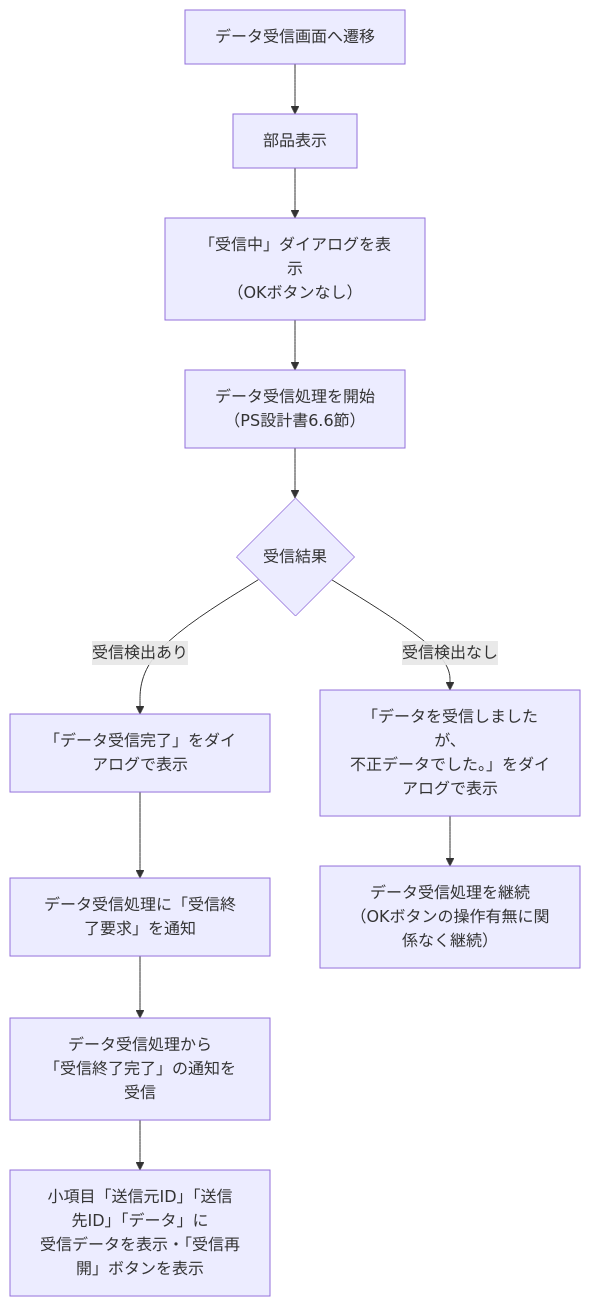
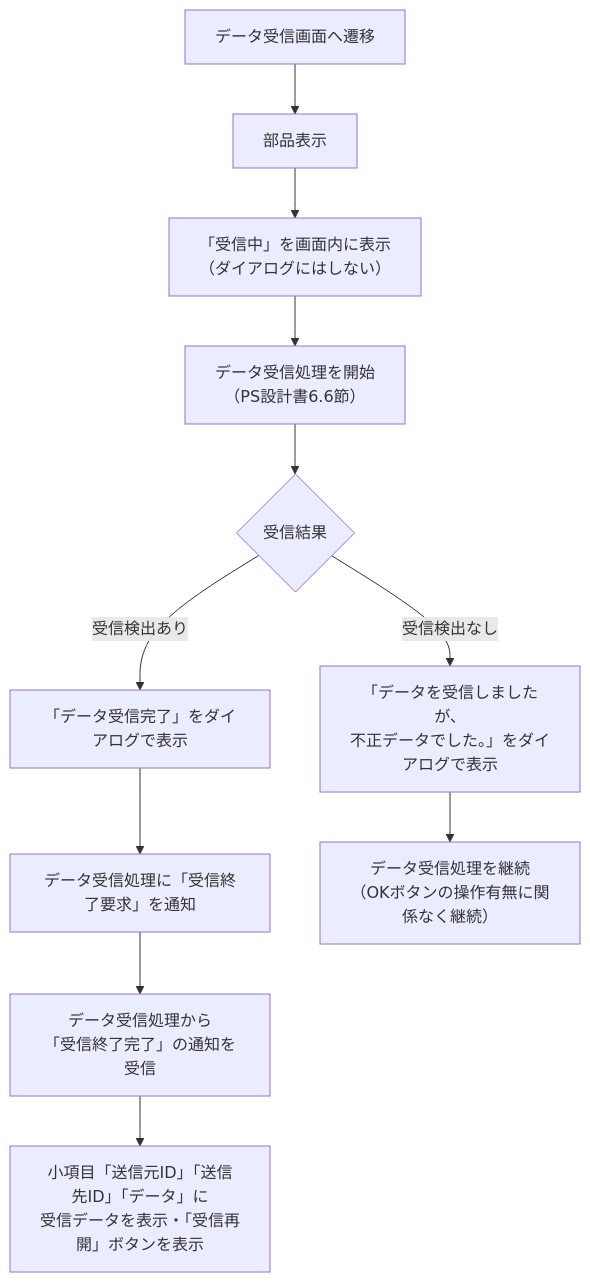
The fifth of 7 diagrams in docs/design/SS設計書.md (728h7y4bdh-cr/Test.swiftpm), drawn with Mermaid before and after one commit. The commit also changed other lines of this file and 3 other files, not shown here.

````diff
--- a/docs/design/SS設計書.md
+++ b/docs/design/SS設計書.md
@@ -211,13 +218,13 @@
 ```mermaid
 flowchart TD
     A["データ受信画面へ遷移"] --> B["部品表示"]
-    B --> C["「受信中」ダイアログを表示<br/>（OKボタンなし）"]
+    B --> C["「受信中」を画面内に表示<br/>（ダイアログにはしない）"]
     C --> D["データ受信処理を開始<br/>（PS設計書6.6節）"]
     D --> E{"受信結果"}
     E -->|受信検出あり| F["「データ受信完了」をダイアログで表示"]
     F --> G["データ受信処理に「受信終了要求」を通知"]
     G --> H["データ受信処理から<br/>「受信終了完了」の通知を受信"]
     H --> I["小項目「送信元ID」「送信先ID」「データ」に<br/>受信データを表示・「受信再開」ボタンを表示"]
     E -->|受信検出なし| J["「データを受信しましたが、<br/>不正データでした。」をダイアログで表示"]
     J --> K["データ受信処理を継続<br/>（OKボタンの操作有無に関係なく継続）"]
 ```
````
